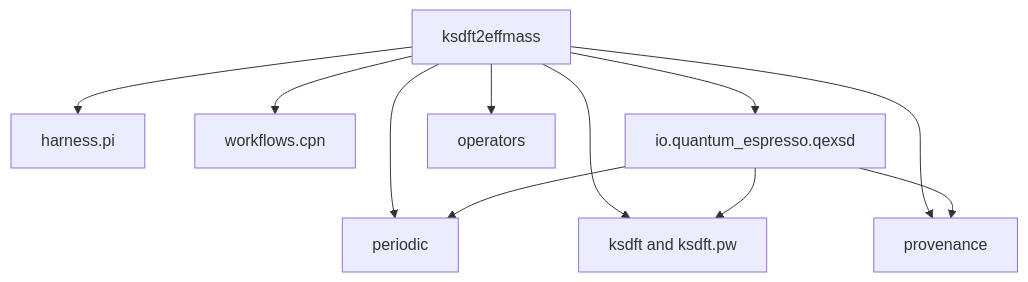
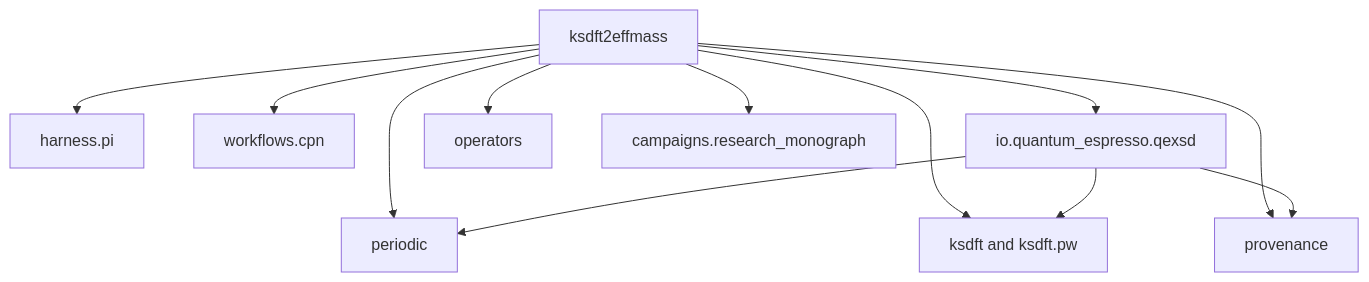
Before and after one commit to eragasa/ksdft2effmass: the diagram in docs/architecture/v1/ksdft2effmass/index.md, drawn with Mermaid. The commit also changed other lines of this file and 19 other files, not shown here.

````diff
--- a/docs/architecture/v1/ksdft2effmass/index.md
+++ b/docs/architecture/v1/ksdft2effmass/index.md
@@ -9,23 +9,25 @@
 ```mermaid
 flowchart TD
     root["ksdft2effmass"]
     harness["harness.pi"]
     workflows["workflows.cpn"]
     io["io.quantum_espresso.qexsd"]
     periodic["periodic"]
     ksdft["ksdft and ksdft.pw"]
     provenance["provenance"]
     operators["operators"]
+    campaigns["campaigns.research_monograph"]
 
     root --> harness
     root --> workflows
     root --> io
     root --> periodic
     root --> ksdft
     root --> provenance
     root --> operators
+    root --> campaigns
 
     io --> periodic
     io --> ksdft
     io --> provenance
 ```
````
